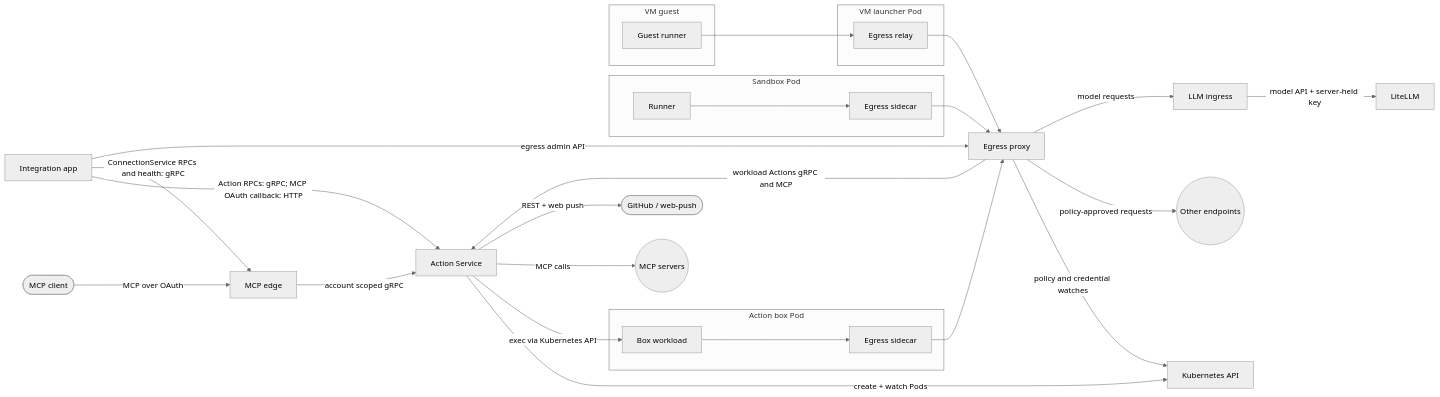
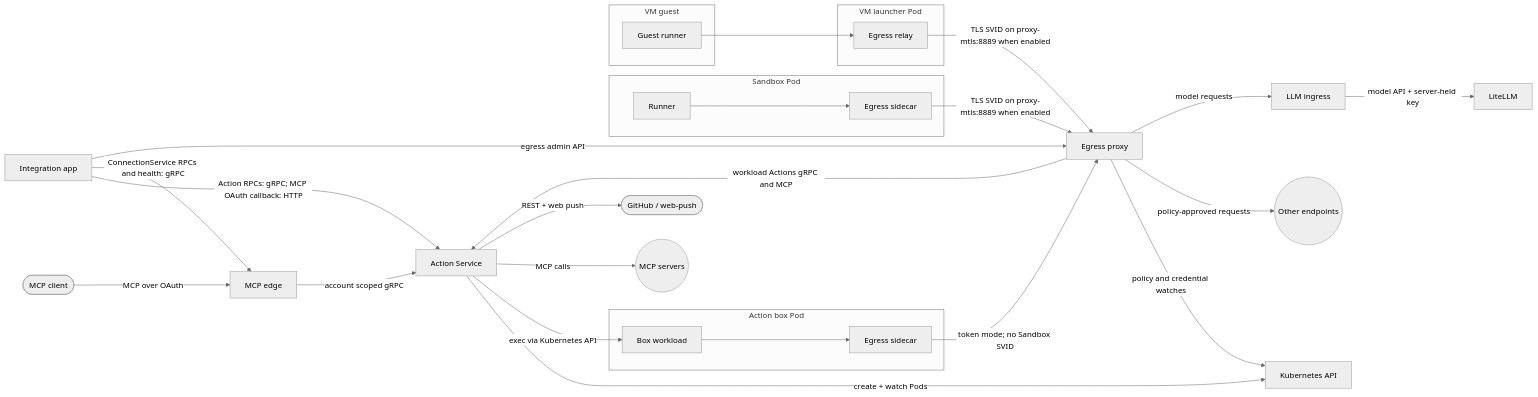
One commit to agentydragon/ducktape changed the ninth of 9 diagrams in agentplane/docs/system_overview.md. Above: the diagram before and after it, drawn with Mermaid (neutral theme). The commit also changed other lines of this file and 28 other files, not shown here.

Commit message:
agentplane: route workload egress over runner SVID

````diff
--- a/agentplane/docs/system_overview.md
+++ b/agentplane/docs/system_overview.md
@@ -500,46 +512,46 @@
 ```mermaid
 flowchart LR
     mcp_client([MCP client])
     github([GitHub / web-push])
     app[Integration app]
     actions[Action Service]
     edge[MCP edge]
     k8s[Kubernetes API]
     subgraph box[Action box Pod]
         workload[Box workload]
         box_sidecar[Egress sidecar]
     end
     subgraph sandbox[Sandbox Pod]
         runner[Runner]
         sidecar[Egress sidecar]
     end
     subgraph vm_guest[VM guest]
         guest[Guest runner]
     end
     subgraph vm_pod[VM launcher Pod]
         relay[Egress relay]
     end
     egress[Egress proxy]
     llm[LLM ingress]
     litellm[LiteLLM]
     other((Other endpoints))
     mcp_servers((MCP servers))
 
     mcp_client -->|MCP over OAuth| edge
     app -->|Action RPCs: gRPC; MCP OAuth callback: HTTP| actions
     app -->|ConnectionService RPCs and health: gRPC| edge
     edge -->|account scoped gRPC| actions
     actions -->|create + watch Pods| k8s
     actions -->|exec via Kubernetes API| workload
-    workload --> box_sidecar --> egress
-    runner --> sidecar --> egress
-    guest --> relay --> egress
+    workload --> box_sidecar -->|token mode; no Sandbox SVID| egress
+    runner --> sidecar -->|TLS SVID on proxy-mtls:8889 when enabled| egress
+    guest --> relay -->|TLS SVID on proxy-mtls:8889 when enabled| egress
     app -->|egress admin API| egress
     egress -->|policy and credential watches| k8s
     egress -->|workload Actions gRPC and MCP| actions
     egress -->|policy-approved requests| other
     egress -->|model requests| llm
     llm -->|model API + server-held key| litellm
     actions -->|MCP calls| mcp_servers
     actions -->|REST + web push| github
 ```
````
